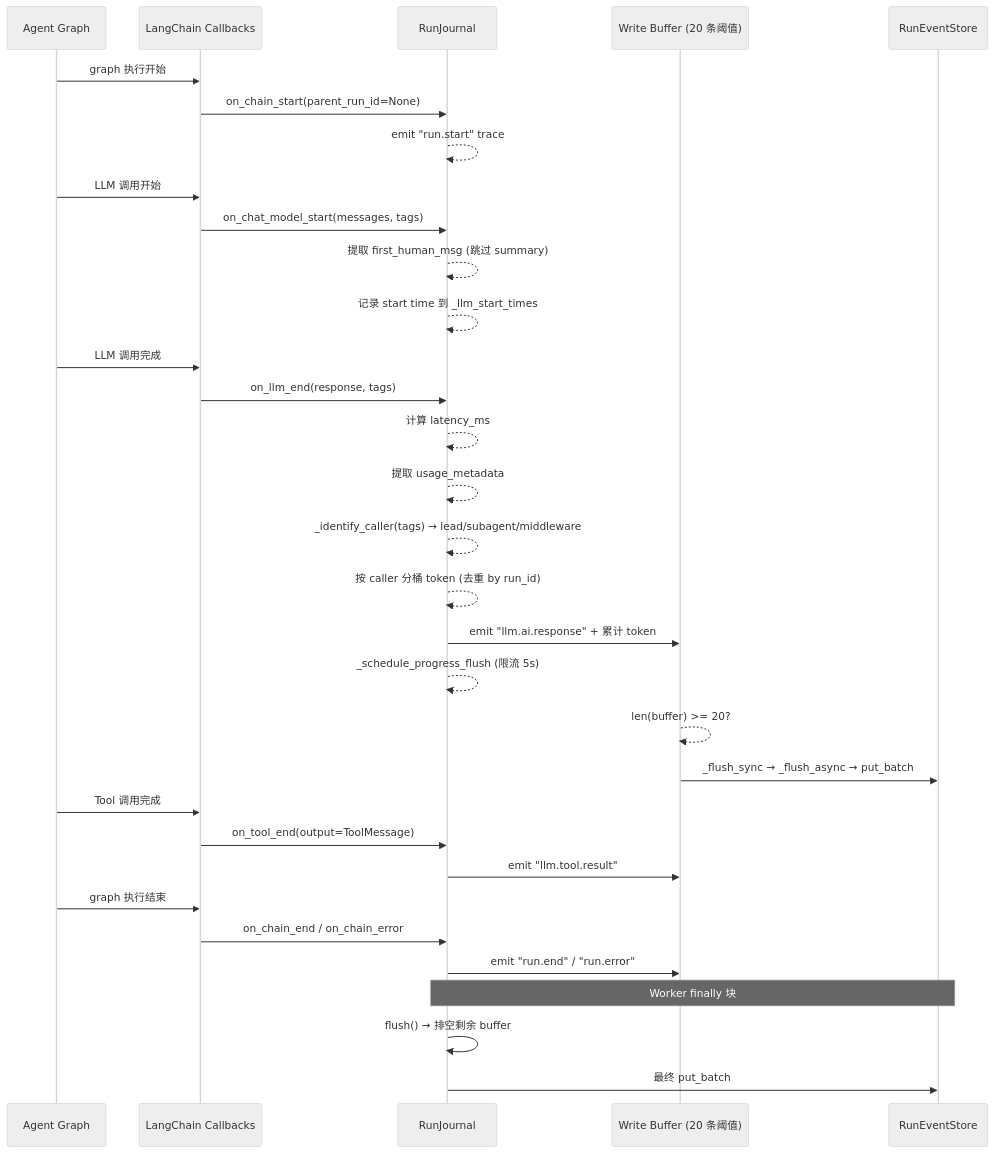
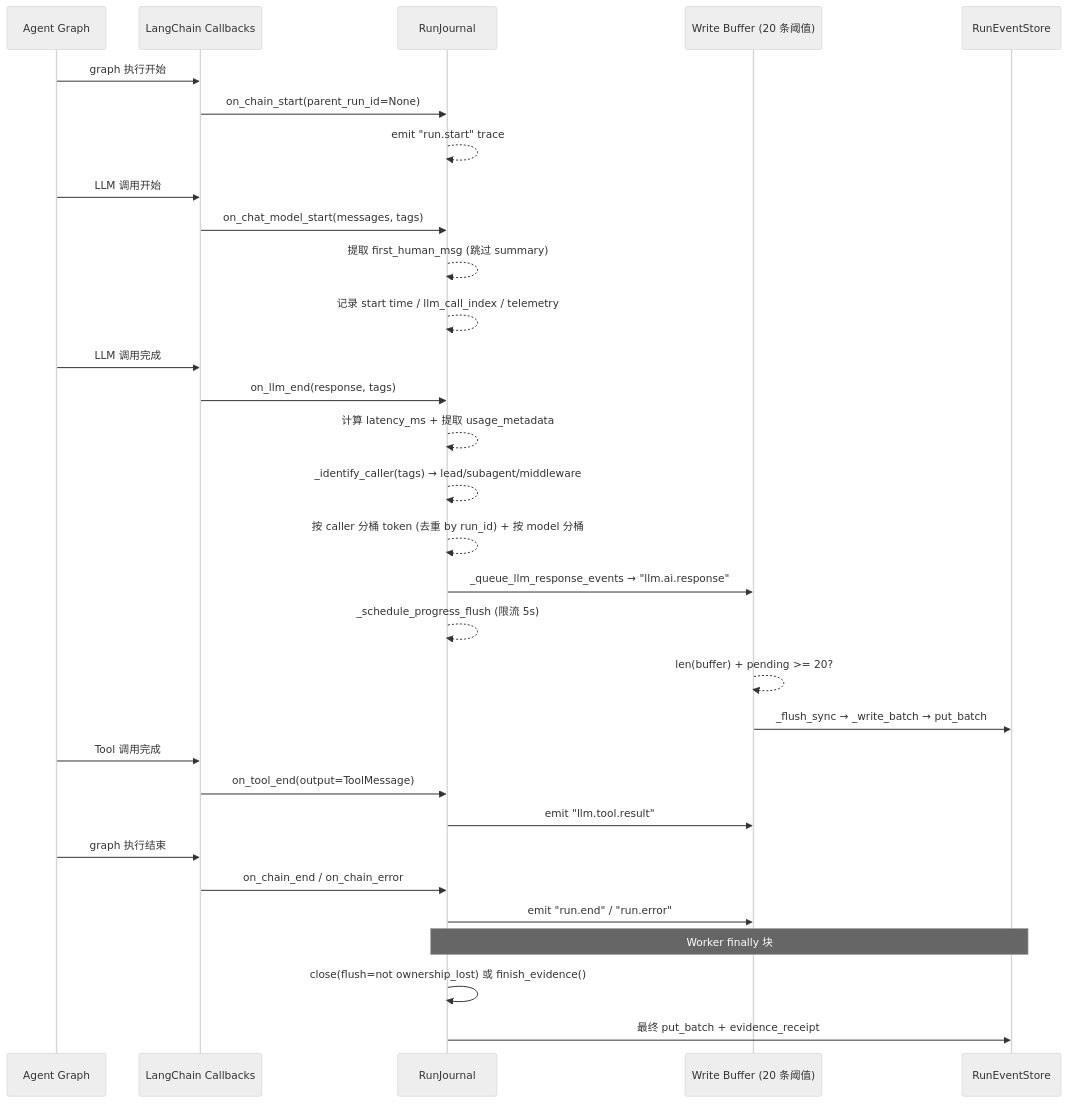
One commit to ethan-jiang-1/deer-flow changed the diagram in _digested/internals/runtime/04-journal.md. Above: the diagram before and after it, drawn with Mermaid (neutral theme). The commit also changed other lines of this file and 57 other files, not shown here.

````diff
--- a/_digested/internals/runtime/04-journal.md
+++ b/_digested/internals/runtime/04-journal.md
@@ -22,41 +23,40 @@
 ```mermaid
 sequenceDiagram
     participant AG as Agent Graph
     participant LJ as LangChain Callbacks
     participant JN as RunJournal
     participant BUF as Write Buffer (20 条阈值)
     participant ES as RunEventStore
 
     AG->>LJ: graph 执行开始
     LJ->>JN: on_chain_start(parent_run_id=None)
     JN-->>JN: emit "run.start" trace
 
     AG->>LJ: LLM 调用开始
     LJ->>JN: on_chat_model_start(messages, tags)
     JN-->>JN: 提取 first_human_msg (跳过 summary)
-    JN-->>JN: 记录 start time 到 _llm_start_times
+    JN-->>JN: 记录 start time / llm_call_index / telemetry
 
     AG->>LJ: LLM 调用完成
     LJ->>JN: on_llm_end(response, tags)
-    JN-->>JN: 计算 latency_ms
-    JN-->>JN: 提取 usage_metadata
+    JN-->>JN: 计算 latency_ms + 提取 usage_metadata
     JN-->>JN: _identify_caller(tags) → lead/subagent/middleware
-    JN-->>JN: 按 caller 分桶 token (去重 by run_id)
-    JN->>BUF: emit "llm.ai.response" + 累计 token
+    JN-->>JN: 按 caller 分桶 token (去重 by run_id) + 按 model 分桶
+    JN->>BUF: _queue_llm_response_events → "llm.ai.response"
     JN-->>JN: _schedule_progress_flush (限流 5s)
 
-    BUF-->>BUF: len(buffer) >= 20?
-    BUF->>ES: _flush_sync → _flush_async → put_batch
+    BUF-->>BUF: len(buffer) + pending >= 20?
+    BUF->>ES: _flush_sync → _write_batch → put_batch
 
     AG->>LJ: Tool 调用完成
     LJ->>JN: on_tool_end(output=ToolMessage)
     JN->>BUF: emit "llm.tool.result"
 
     AG->>LJ: graph 执行结束
     LJ->>JN: on_chain_end / on_chain_error
     JN->>BUF: emit "run.end" / "run.error"
 
     Note over JN,ES: Worker finally 块
-    JN->>JN: flush() → 排空剩余 buffer
-    JN->>ES: 最终 put_batch
+    JN->>JN: close(flush=not ownership_lost) 或 finish_evidence()
+    JN->>ES: 最终 put_batch + evidence_receipt
 ```
````
